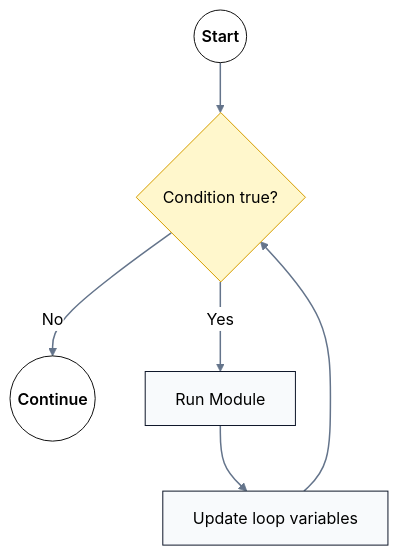
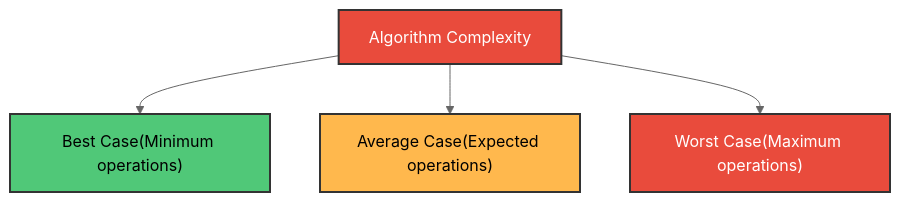
One commit to M-F-Tushar/CSE-2101-Data-Structure changed the seventh of 9 diagrams in Chapter 2 - Preliminaries/README.md. Above: the diagram before and after it, drawn with Mermaid (neutral theme). The commit also changed other lines of this file, not shown here.

````diff
--- a/Chapter 2 - Preliminaries/README.md
+++ b/Chapter 2 - Preliminaries/README.md
@@ -737,13 +464,11 @@
 ```mermaid
-flowchart TD
-    %% Repeat-while loop
-    classDef terminal fill:#ffffff,stroke:#111,color:#000,font-weight:600;
-    classDef process fill:#f8fafc,stroke:#0f172a,color:#000;
-    classDef decision fill:#fff7cc,stroke:#d69e00,color:#000;
-
-    Start((Start)):::terminal --> Guard{"Condition true?"}:::decision
-    Guard -- No --> End((Continue)):::terminal
-    Guard -- Yes --> Body["Run Module"]:::process --> Update["Update loop variables"]:::process --> Guard
-
-    linkStyle default stroke:#64748b,stroke-width:1.5px
+graph TD
+    A["Algorithm Complexity"] --> B["Best Case(Minimum operations)"]
+    A --> C["Average Case(Expected operations)"]
+    A --> D["Worst Case(Maximum operations)"]
+    
+    style A fill:#E94B3C,stroke:#333,stroke-width:2px,color:#fff
+    style B fill:#50C878,stroke:#333,stroke-width:2px,color:#000
+    style C fill:#FFB84D,stroke:#333,stroke-width:2px,color:#000
+    style D fill:#E94B3C,stroke:#333,stroke-width:2px,color:#fff
 ```
````
